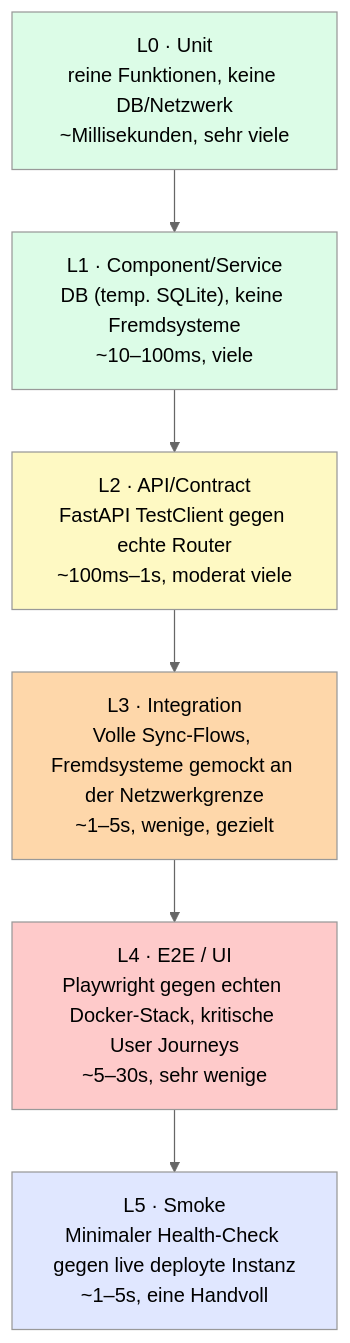
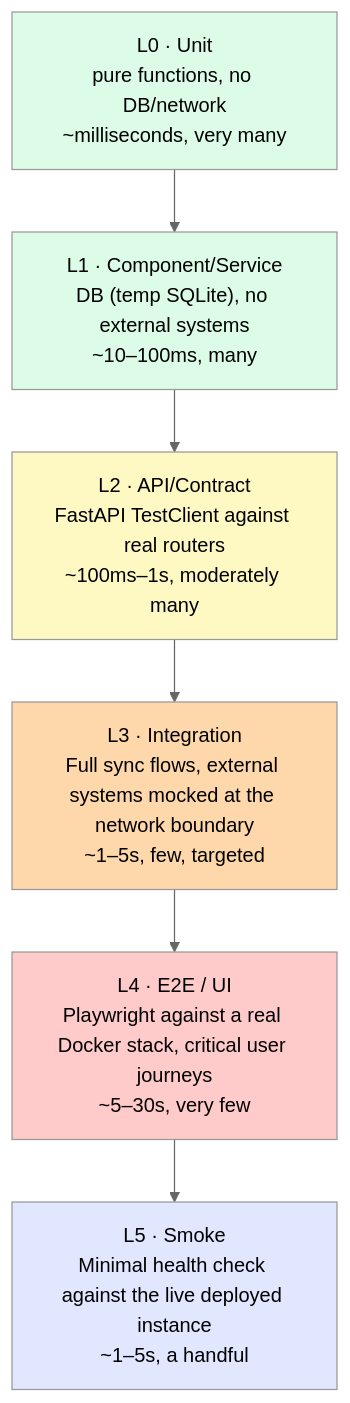
The first of 2 diagrams in docs/TEST_KONZEPT.md (EGulinsky/rapport), drawn with Mermaid (neutral theme) before and after one commit. The commit also changed other lines of this file and 6 other files, not shown here.

````diff
--- a/docs/TEST_KONZEPT.md
+++ b/docs/TEST_KONZEPT.md
@@ -30,17 +30,17 @@
 ```mermaid
 flowchart TB
-    L0["L0 · Unit<br/>reine Funktionen, keine DB/Netzwerk<br/>~Millisekunden, sehr viele"]
-    L1["L1 · Component/Service<br/>DB (temp. SQLite), keine Fremdsysteme<br/>~10–100ms, viele"]
-    L2["L2 · API/Contract<br/>FastAPI TestClient gegen echte Router<br/>~100ms–1s, moderat viele"]
-    L3["L3 · Integration<br/>Volle Sync-Flows, Fremdsysteme gemockt an der Netzwerkgrenze<br/>~1–5s, wenige, gezielt"]
-    L4["L4 · E2E / UI<br/>Playwright gegen echten Docker-Stack, kritische User Journeys<br/>~5–30s, sehr wenige"]
-    L5["L5 · Smoke<br/>Minimaler Health-Check gegen live deployte Instanz<br/>~1–5s, eine Handvoll"]
+    L0["L0 · Unit<br/>pure functions, no DB/network<br/>~milliseconds, very many"]
+    L1["L1 · Component/Service<br/>DB (temp SQLite), no external systems<br/>~10–100ms, many"]
+    L2["L2 · API/Contract<br/>FastAPI TestClient against real routers<br/>~100ms–1s, moderately many"]
+    L3["L3 · Integration<br/>Full sync flows, external systems mocked at the network boundary<br/>~1–5s, few, targeted"]
+    L4["L4 · E2E / UI<br/>Playwright against a real Docker stack, critical user journeys<br/>~5–30s, very few"]
+    L5["L5 · Smoke<br/>Minimal health check against the live deployed instance<br/>~1–5s, a handful"]
 
     L0 --> L1 --> L2 --> L3 --> L4 --> L5
     style L0 fill:#dcfce7
     style L1 fill:#dcfce7
     style L2 fill:#fef9c3
     style L3 fill:#fed7aa
     style L4 fill:#fecaca
     style L5 fill:#e0e7ff
 ```
````
